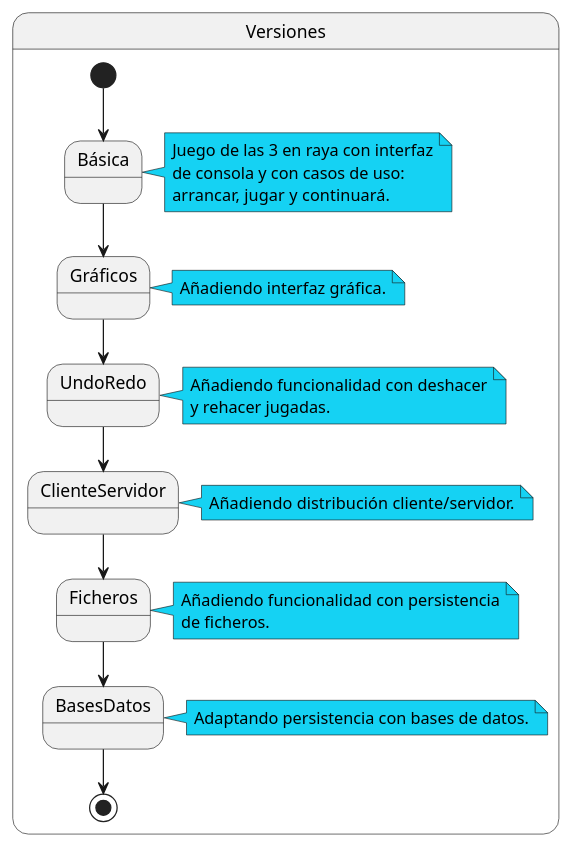
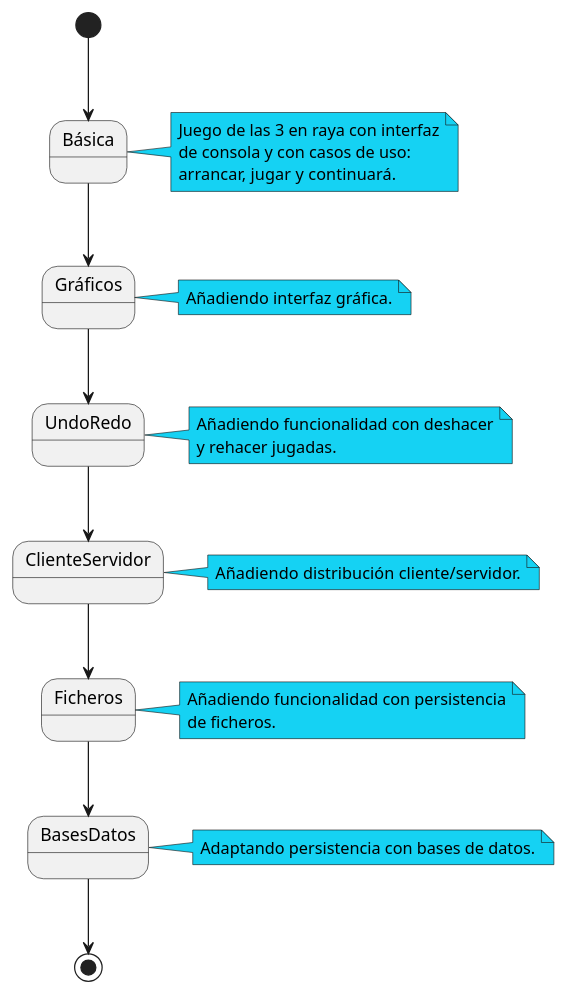
The diagram in docs/diagrams/src/version.plantuml (EscuelaIt/tictactoe-master-desarrollo-requirements), drawn with PlantUML before and after one commit. The commit also changed 1 other file, not shown here.

```diff
--- a/docs/diagrams/src/version.plantuml
+++ b/docs/diagrams/src/version.plantuml
@@ -1,50 +1,49 @@
 @startuml version
 
-state Versiones {
 state Básica
 state Gráficos
 state UndoRedo
 state ClienteServidor
 State Ficheros
 State BasesDatos
 
 [*] --> Básica
 Básica --> Gráficos
 Gráficos --> UndoRedo
 UndoRedo --> ClienteServidor
 ClienteServidor --> Ficheros
 Ficheros --> BasesDatos
 BasesDatos --> [*]
 
 
 
 note right of Básica #15D2F3
   Juego de las 3 en raya con interfaz
   de consola y con casos de uso:
   arrancar, jugar y continuará.
 end note
 
 note right of Gráficos #15D2F3
   Añadiendo interfaz gráfica.
 end note
 
 note right of UndoRedo #15D2F3
   Añadiendo funcionalidad con deshacer
   y rehacer jugadas.
 end note
 
 note right of ClienteServidor #15D2F3
   Añadiendo distribución cliente/servidor.
 end note
 
 note right of Ficheros #15D2F3
   Añadiendo funcionalidad con persistencia
   de ficheros.
 end note
 
 note right of BasesDatos #15D2F3
   Adaptando persistencia con bases de datos.
 end note
-}
+
 
 @enduml
```
